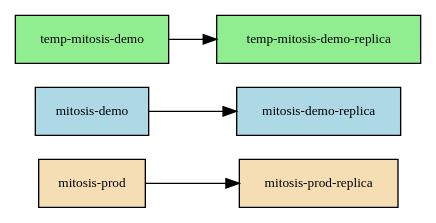
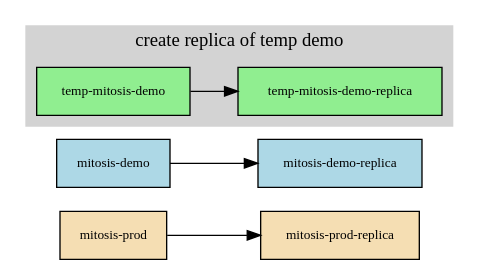
One commit to dgtized/stack-mitosis changed the fourth of 7 diagrams in doc/examples.org. Above: the diagram before and after it, drawn with Graphviz. The commit also changed other lines of this file and 4 other files, not shown here.

```diff
--- a/doc/examples.org
+++ b/doc/examples.org
@@ -50,14 +55,19 @@
    #+begin_src dot :file img/copying-2.png
    digraph copying {
        rankdir=LR; node [shape=box,fontsize=10]
        "mitosis-prod" [style=filled,fillcolor=wheat]
        "mitosis-prod-replica" [style=filled,fillcolor=wheat]
        "mitosis-demo" [style=filled,fillcolor=lightblue]
        "mitosis-demo-replica" [style=filled,fillcolor=lightblue]
-       "temp-mitosis-demo" [style=filled,fillcolor=lightgreen]
-       "temp-mitosis-demo-replica" [style=filled,fillcolor=lightgreen]
+       subgraph cluster {
+         style=filled
+         color=lightgrey
+         label="create replica of temp demo"
+         "temp-mitosis-demo" [style=filled,fillcolor=lightgreen]
+         "temp-mitosis-demo-replica" [style=filled,fillcolor=lightgreen]
+       }
        "mitosis-prod" -> "mitosis-prod-replica"
        "temp-mitosis-demo" -> "temp-mitosis-demo-replica"
        "mitosis-demo" -> "mitosis-demo-replica"
    }
    #+end_src
```
